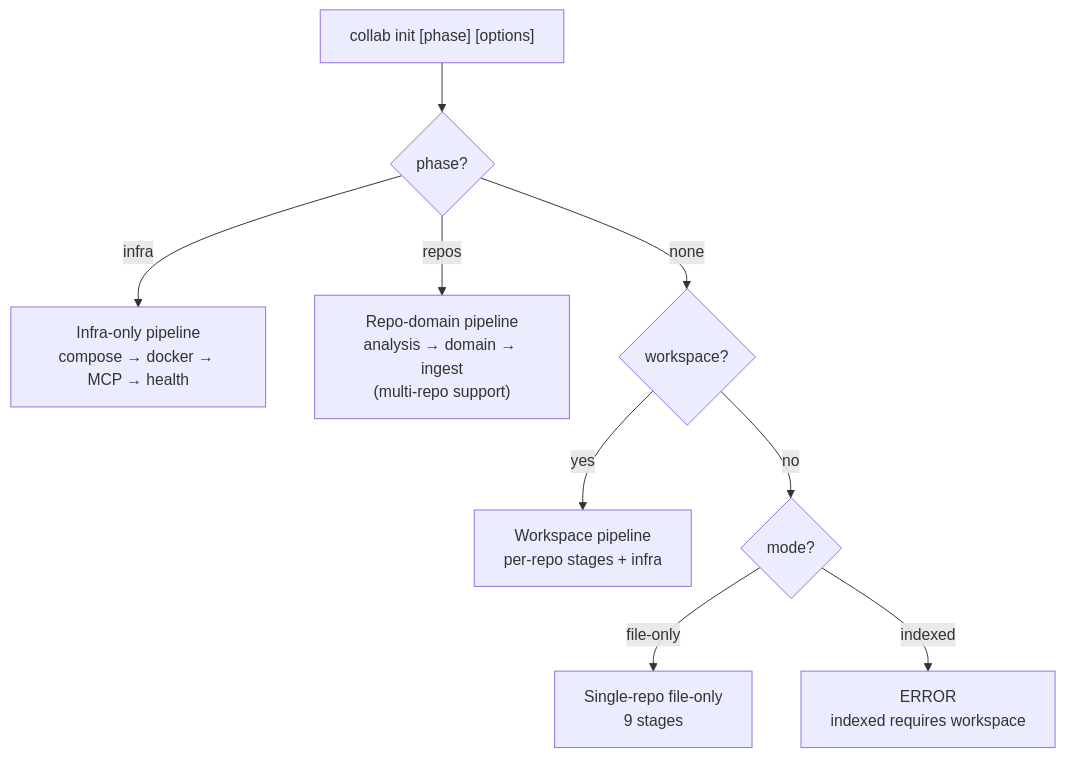
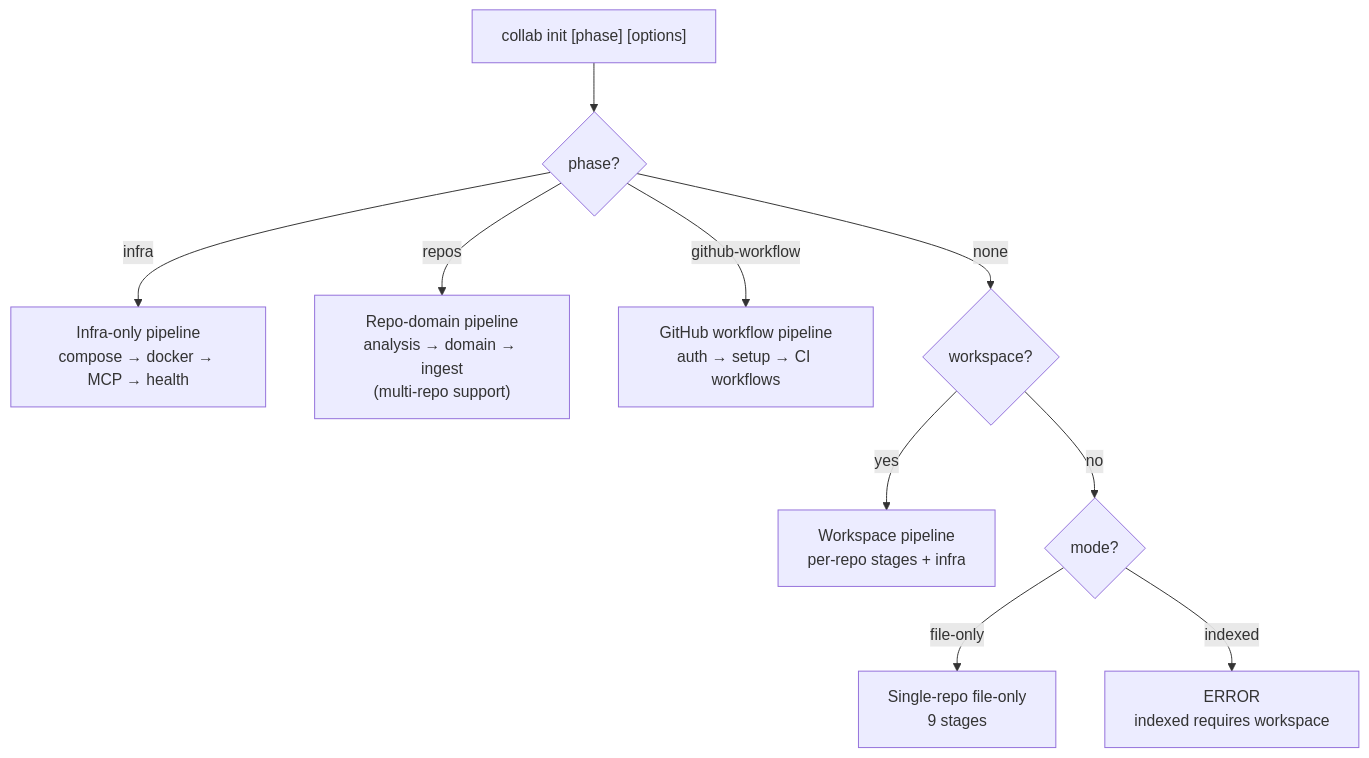
One commit to uxmaltech/collab-cli changed the second of 11 diagrams in README.md. Above: the diagram before and after it, drawn with Mermaid. The commit also changed other lines of this file and 7 other files, not shown here.

First line of the commit message:
feat: add `collab init github-workflow` subcommand (#112)

````diff
--- a/README.md
+++ b/README.md
@@ -147,11 +147,12 @@
 ```mermaid
 flowchart TD
     A["collab init [phase] [options]"] --> B{phase?}
     B -->|"infra"| C["Infra-only pipeline<br>compose → docker → MCP → health"]
     B -->|"repos"| E["Repo-domain pipeline<br>analysis → domain → ingest<br>(multi-repo support)"]
+    B -->|"github-workflow"| GW["GitHub workflow pipeline<br>auth → setup → CI workflows"]
     B -->|none| F{workspace?}
     F -->|yes| G["Workspace pipeline<br>per-repo stages + infra"]
     F -->|no| H{mode?}
     H -->|"file-only"| I["Single-repo file-only<br>9 stages"]
     H -->|"indexed"| J["ERROR<br>indexed requires workspace"]
 ```
````
